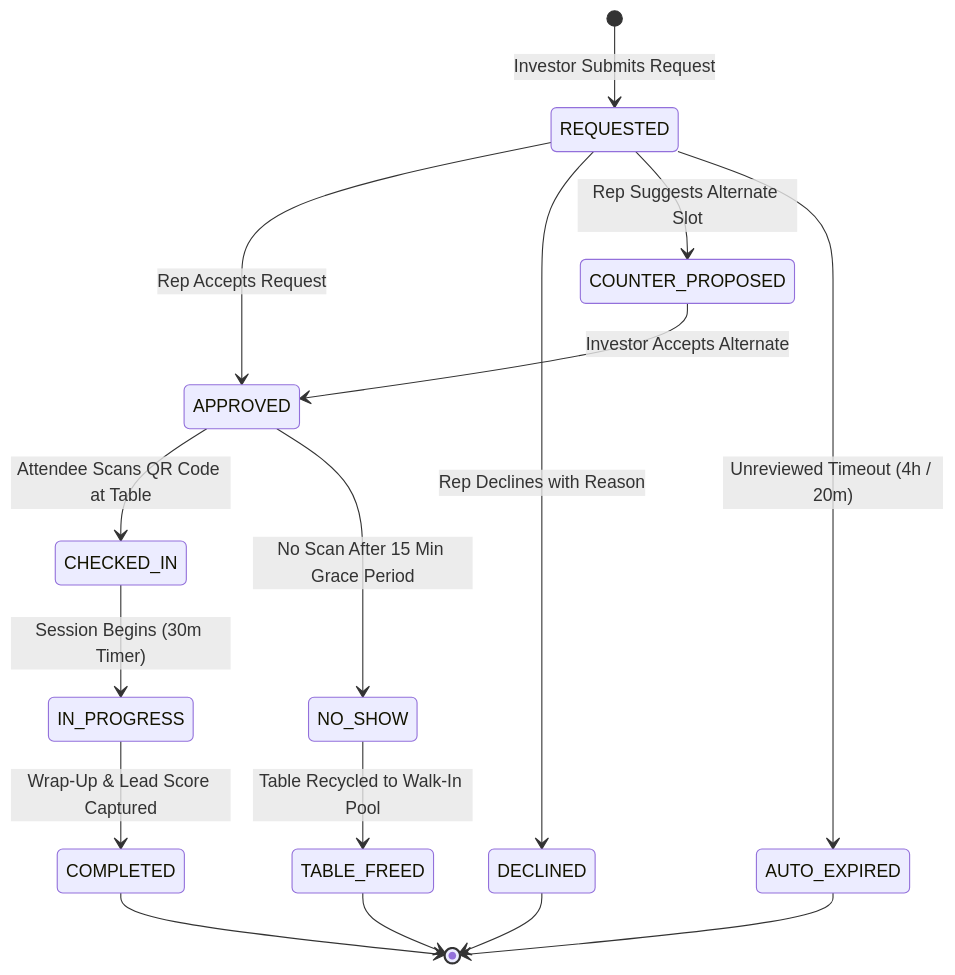
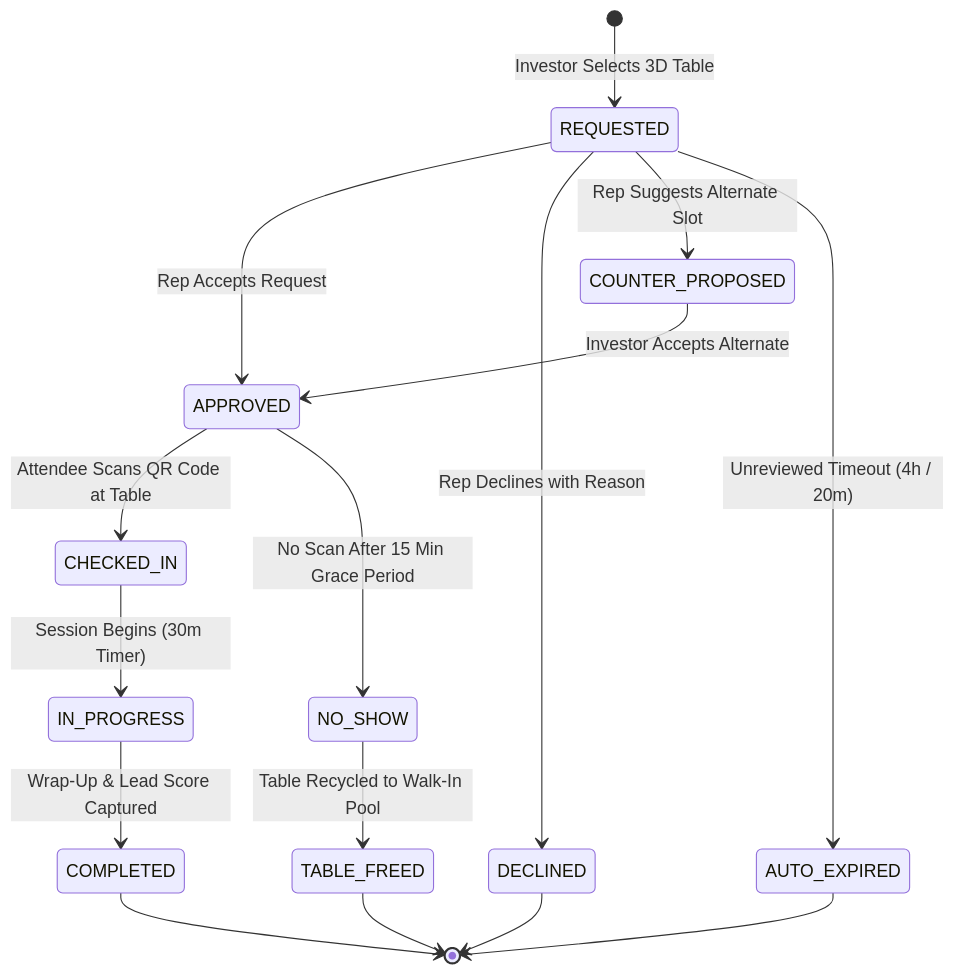
One commit to omarsalah25/the-bestt-expo changed the third of 6 diagrams in REAL_ESTATE_EXPO_MEETING_MANAGEMENT_SYSTEM.md. Above: the diagram before and after it, drawn with Mermaid. The commit also changed other lines of this file and 2 other files, not shown here.

Commit message:
feat: integrate 3D spatial digital twin and Three.js visualization into system architecture

````diff
--- a/REAL_ESTATE_EXPO_MEETING_MANAGEMENT_SYSTEM.md
+++ b/REAL_ESTATE_EXPO_MEETING_MANAGEMENT_SYSTEM.md
@@ -90,21 +131,21 @@
 ```mermaid
 stateDiagram-v2
-    [*] --> REQUESTED: Investor Submits Request
+    [*] --> REQUESTED: Investor Selects 3D Table
     REQUESTED --> APPROVED: Rep Accepts Request
     REQUESTED --> DECLINED: Rep Declines with Reason
     REQUESTED --> COUNTER_PROPOSED: Rep Suggests Alternate Slot
     COUNTER_PROPOSED --> APPROVED: Investor Accepts Alternate
     REQUESTED --> AUTO_EXPIRED: Unreviewed Timeout (4h / 20m)
     
     APPROVED --> CHECKED_IN: Attendee Scans QR Code at Table
     APPROVED --> NO_SHOW: No Scan After 15 Min Grace Period
     NO_SHOW --> TABLE_FREED: Table Recycled to Walk-In Pool
     
     CHECKED_IN --> IN_PROGRESS: Session Begins (30m Timer)
     IN_PROGRESS --> COMPLETED: Wrap-Up & Lead Score Captured
     
     COMPLETED --> [*]
     DECLINED --> [*]
     AUTO_EXPIRED --> [*]
     TABLE_FREED --> [*]
 ```
````
